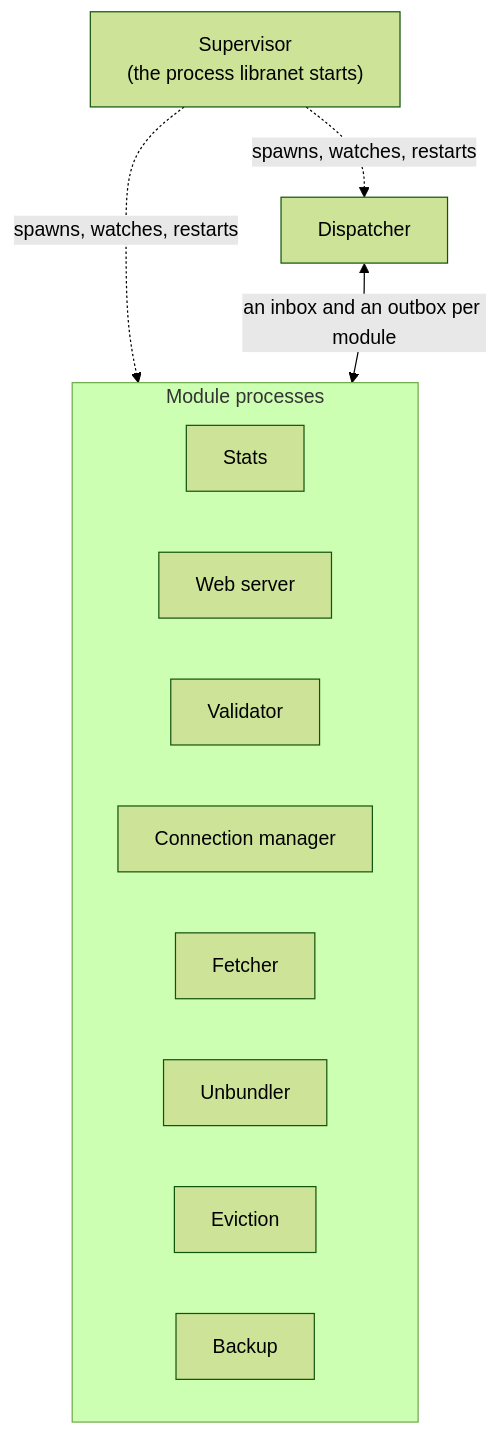
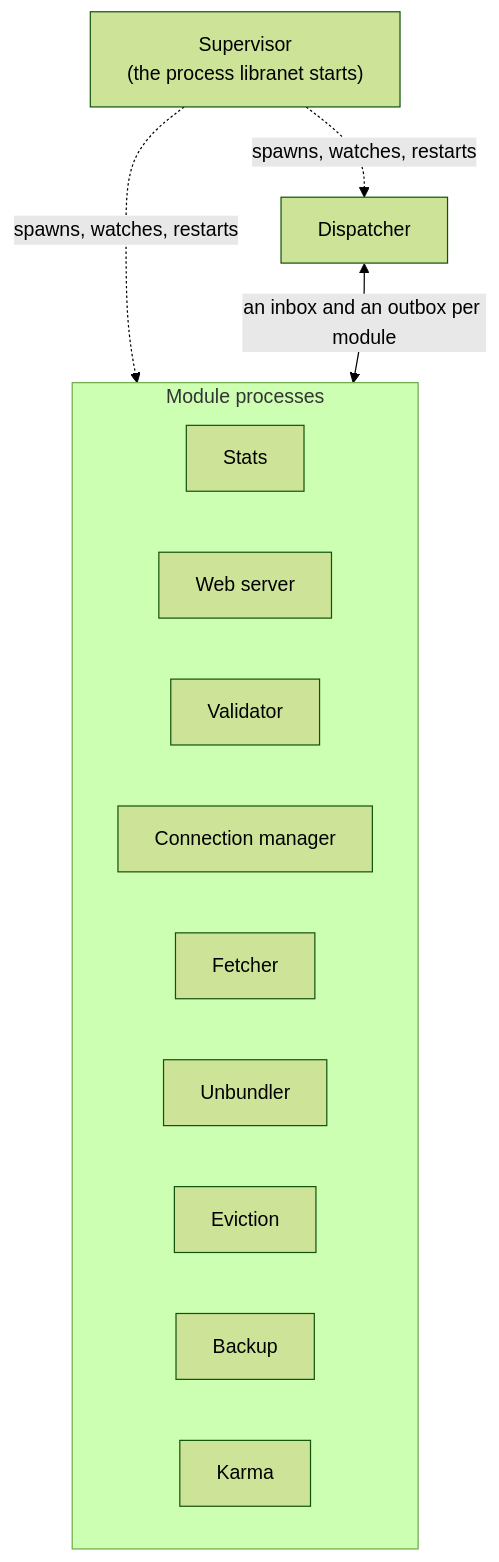
One commit to marcpage/libranet changed the second of 13 diagrams in docs/implementation/Module System.md. Above: the diagram before and after it, drawn with Mermaid (forest theme). The commit also changed other lines of this file and 21 other files, not shown here.

````diff
--- a/docs/implementation/Module System.md
+++ b/docs/implementation/Module System.md
@@ -141,19 +141,20 @@
 ```mermaid
 flowchart TB
     sup["Supervisor<br/>(the process libranet starts)"]
     disp["Dispatcher"]
     subgraph modules["Module processes"]
         direction LR
         stats["Stats"]
         web["Web server"]
         val["Validator"]
         conn["Connection manager"]
         fetch["Fetcher"]
         unb["Unbundler"]
         evict["Eviction"]
         backup["Backup"]
+        karma["Karma"]
     end
     sup -.->|"spawns, watches, restarts"| disp
     sup -.->|"spawns, watches, restarts"| modules
     disp <-->|"an inbox and an outbox per module"| modules
 ```
````
